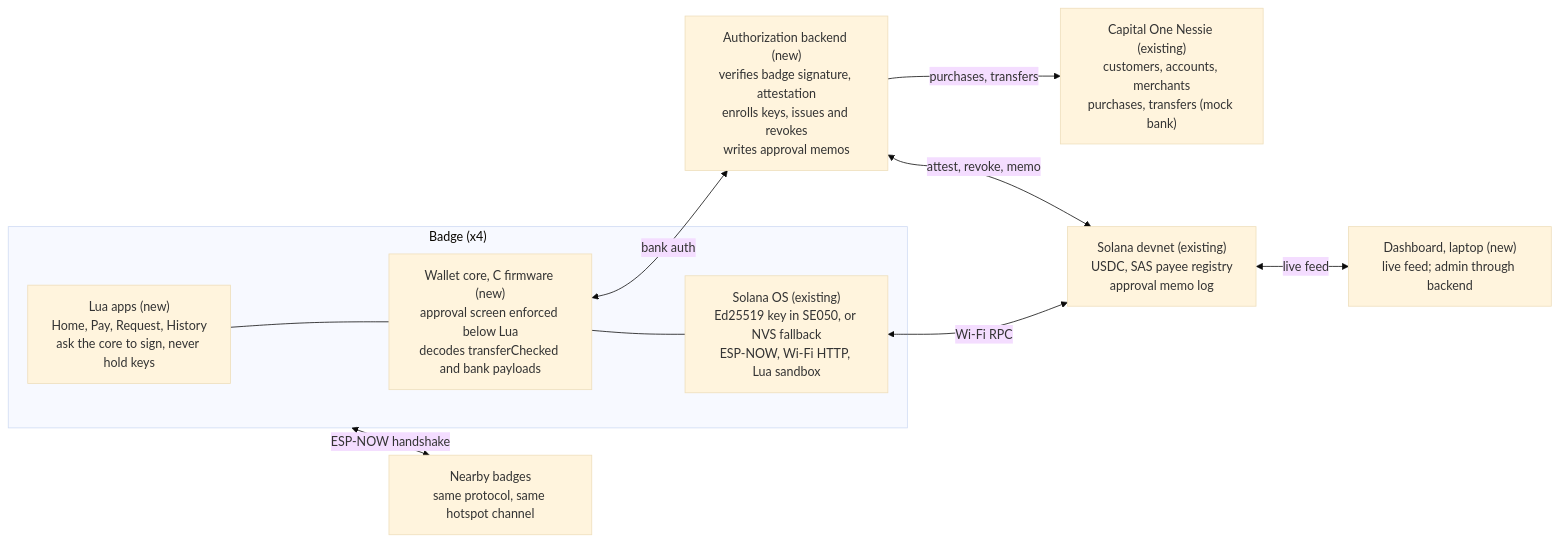
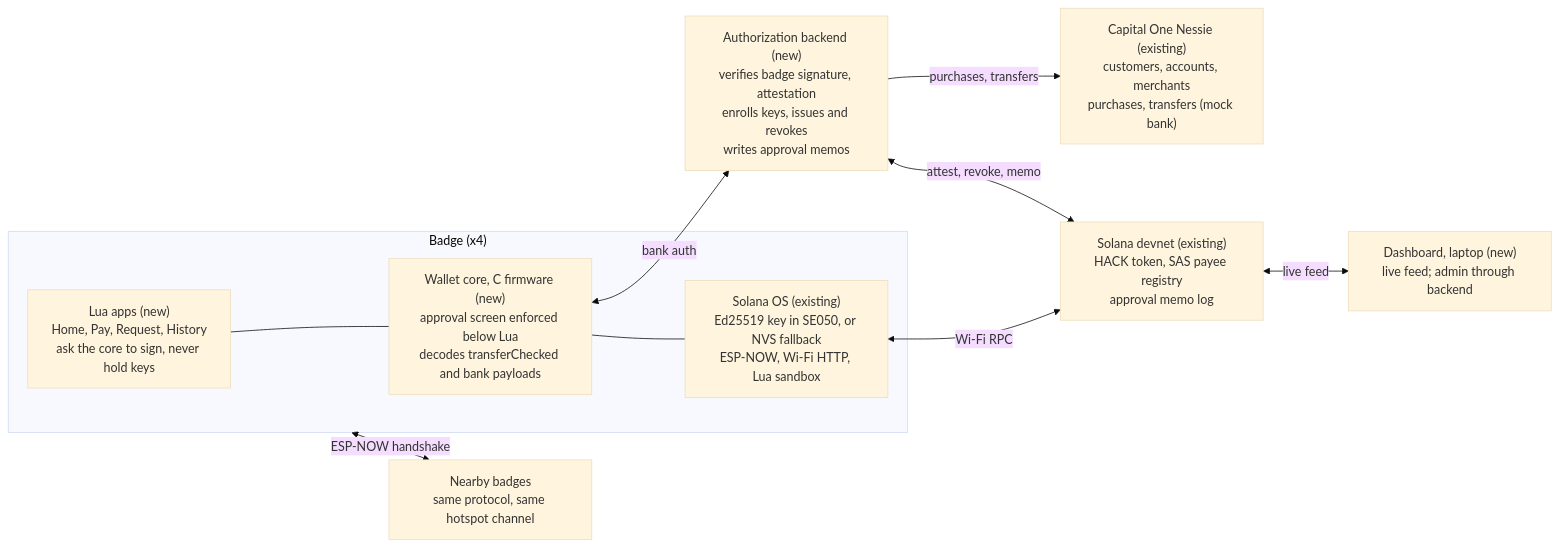
The second of 3 diagrams in Prd-verified-payment-key.md (ayushmk7/MHacks2026), drawn with Mermaid (base theme) before and after one commit. The commit also changed other lines of this file and 9 other files, not shown here.

````diff
--- a/Prd-verified-payment-key.md
+++ b/Prd-verified-payment-key.md
@@ -215,20 +215,20 @@
 ```mermaid
 flowchart LR
   subgraph Badge["Badge (x4)"]
     L1["Lua apps (new)<br/>Home, Pay, Request, History<br/>ask the core to sign, never hold keys"]
     L2["Wallet core, C firmware (new)<br/>approval screen enforced below Lua<br/>decodes transferChecked and bank payloads"]
     L3["Solana OS (existing)<br/>Ed25519 key in SE050, or NVS fallback<br/>ESP-NOW, Wi-Fi HTTP, Lua sandbox"]
     L1 --- L2 --- L3
   end
   N["Capital One Nessie (existing)<br/>customers, accounts, merchants<br/>purchases, transfers (mock bank)"]
   BE["Authorization backend (new)<br/>verifies badge signature, attestation<br/>enrolls keys, issues and revokes<br/>writes approval memos"]
-  S["Solana devnet (existing)<br/>USDC, SAS payee registry<br/>approval memo log"]
+  S["Solana devnet (existing)<br/>HACK token, SAS payee registry<br/>approval memo log"]
   DB["Dashboard, laptop (new)<br/>live feed; admin through backend"]
   NB["Nearby badges<br/>same protocol, same hotspot channel"]
   L2 <-- bank auth --> BE
   L3 <-- Wi-Fi RPC --> S
   BE -- purchases, transfers --> N
   BE <-- attest, revoke, memo --> S
   S <-- live feed --> DB
   Badge <-- ESP-NOW handshake --> NB
 ```
````
